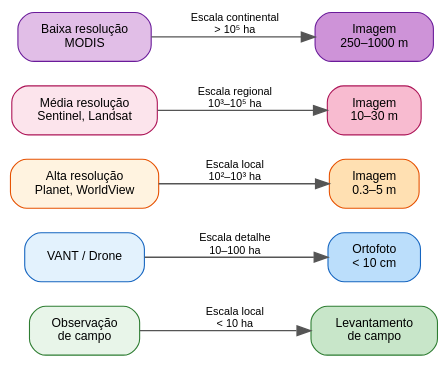
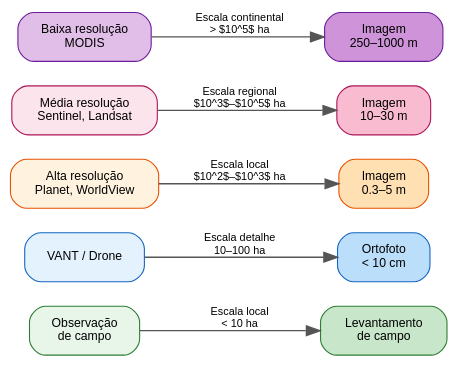
Before and after one commit to ldvsantos/cv: the diagram in books/ciencia-paisagem/capitulos/05-percepcao-representacao.qmd, drawn with Graphviz. The commit also changed other lines of this file and 64 other files, not shown here.

````diff
--- a/books/ciencia-paisagem/capitulos/05-percepcao-representacao.qmd
+++ b/books/ciencia-paisagem/capitulos/05-percepcao-representacao.qmd
@@ -44,28 +44,28 @@
 ```{dot}
 //| label: fig-fontes-dados
 //| fig-cap: "Principais fontes de dados para representação da paisagem, organizadas por escala espacial e resolução."
 //| fig-width: 9
 digraph {
     rankdir=LR
     bgcolor="transparent"
     node [shape=box, style="rounded,filled", fontname="Helvetica", fontsize=9, margin="0.2,0.1", penwidth=0.8]
     edge [fontname="Helvetica", fontsize=8, color="#555555", penwidth=1.0]
 
     A [label="Observação\nde campo", fillcolor="#E8F5E9", color="#2E7D32"]
     B [label="Levantamento\nde campo", fillcolor="#C8E6C9", color="#2E7D32"]
     C [label="VANT / Drone", fillcolor="#E3F2FD", color="#1565C0"]
     D [label="Ortofoto\n< 10 cm", fillcolor="#BBDEFB", color="#1565C0"]
     E [label="Alta resolução\nPlanet, WorldView", fillcolor="#FFF3E0", color="#E65100"]
     F [label="Imagem\n0.3–5 m", fillcolor="#FFE0B2", color="#E65100"]
     G [label="Média resolução\nSentinel, Landsat", fillcolor="#FCE4EC", color="#AD1457"]
     H [label="Imagem\n10–30 m", fillcolor="#F8BBD0", color="#AD1457"]
     I [label="Baixa resolução\nMODIS", fillcolor="#E1BEE7", color="#6A1B9A"]
     J [label="Imagem\n250–1000 m", fillcolor="#CE93D8", color="#6A1B9A"]
 
     A -> B [label="Escala local\n< 10 ha"]
     C -> D [label="Escala detalhe\n10–100 ha"]
-    E -> F [label="Escala local\n10²–10³ ha"]
-    G -> H [label="Escala regional\n10³–10⁵ ha"]
-    I -> J [label="Escala continental\n> 10⁵ ha"]
+    E -> F [label="Escala local\n$10^2$–$10^3$ ha"]
+    G -> H [label="Escala regional\n$10^3$–$10^5$ ha"]
+    I -> J [label="Escala continental\n> $10^5$ ha"]
 }
 ```
````
